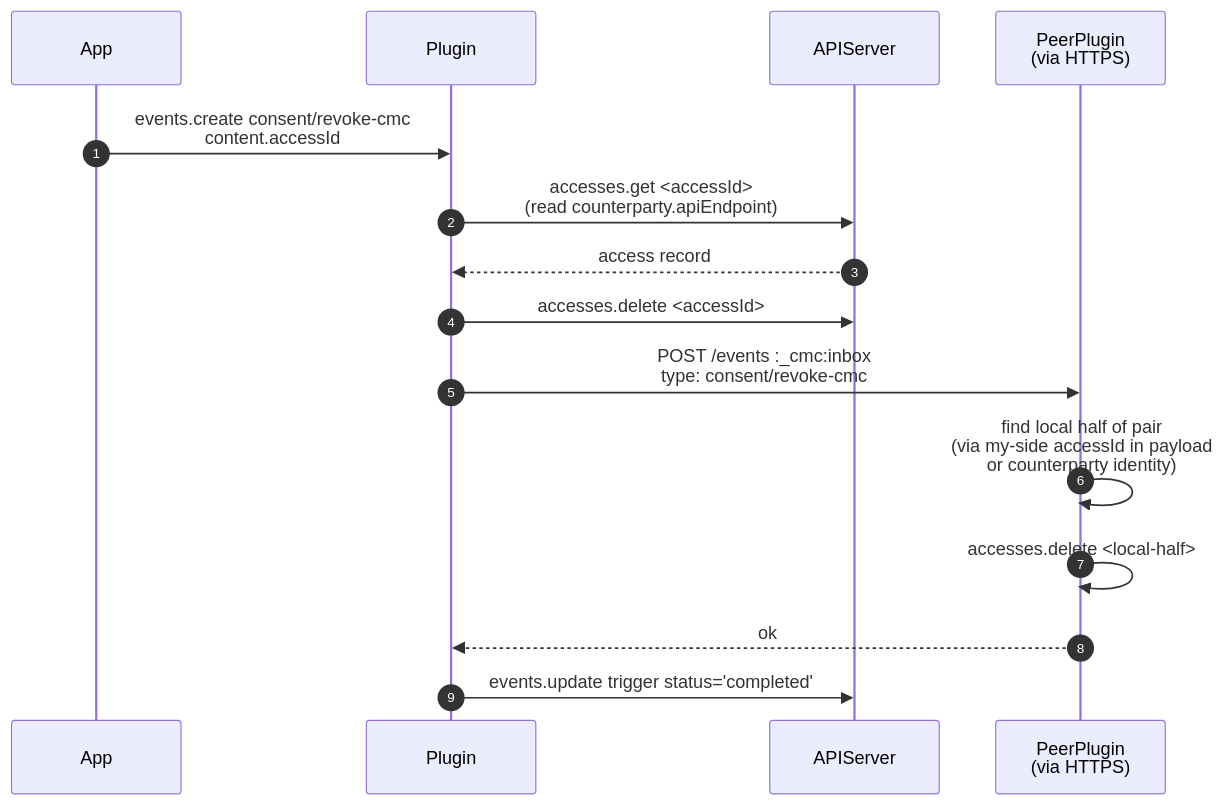
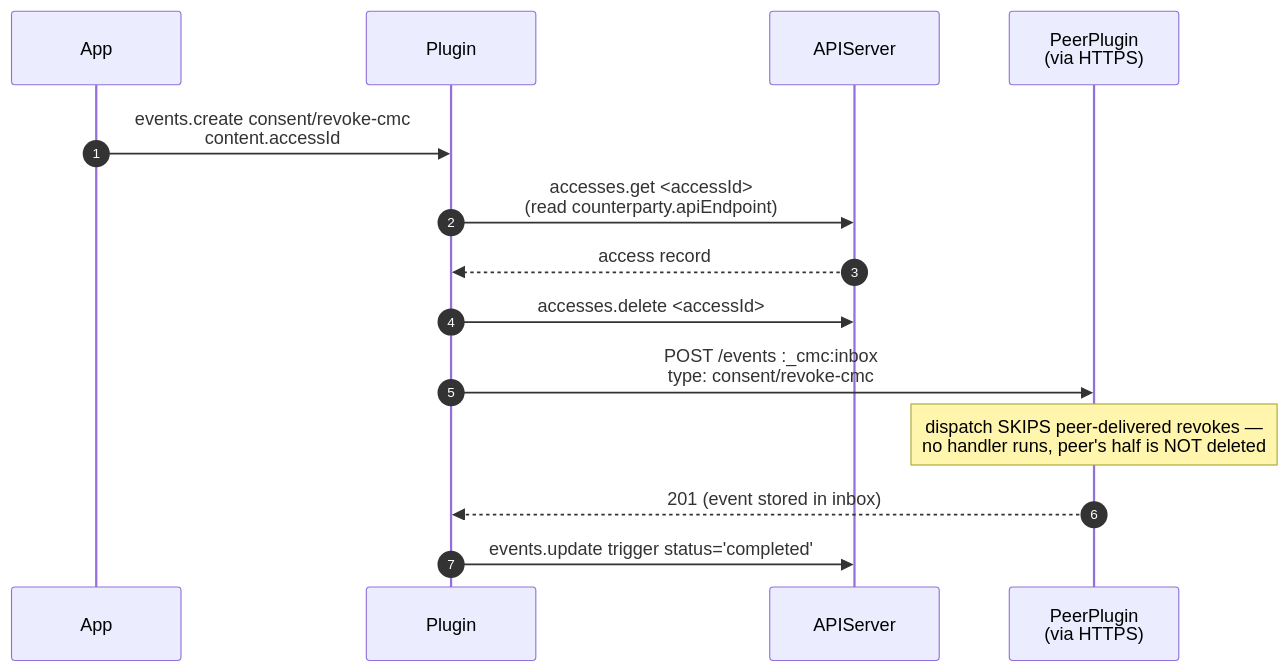
Diagram 13 of 14 in components/cmc/INTERNALS.md (pryv/open-pryv.io), drawn with Mermaid before and after one commit. The commit also changed other lines of this file and 3 other files, not shown here.

````diff
--- a/components/cmc/INTERNALS.md
+++ b/components/cmc/INTERNALS.md
@@ -494,18 +511,17 @@
 ```mermaid
 sequenceDiagram
     autonumber
     participant App
     participant Plugin
     participant APIServer
     participant Peer as PeerPlugin<br/>(via HTTPS)
 
     App->>Plugin: events.create consent/revoke-cmc<br/>content.accessId
     Plugin->>APIServer: accesses.get <accessId><br/>(read counterparty.apiEndpoint)
     APIServer-->>Plugin: access record
     Plugin->>APIServer: accesses.delete <accessId>
     Plugin->>Peer: POST /events :_cmc:inbox<br/>type: consent/revoke-cmc
-    Peer->>Peer: find local half of pair<br/>(via my-side accessId in payload<br/>or counterparty identity)
-    Peer->>Peer: accesses.delete <local-half>
-    Peer-->>Plugin: ok
+    Note over Peer: dispatch SKIPS peer-delivered revokes —<br/>no handler runs, peer's half is NOT deleted
+    Peer-->>Plugin: 201 (event stored in inbox)
     Plugin->>APIServer: events.update trigger status='completed'
 ```
````
